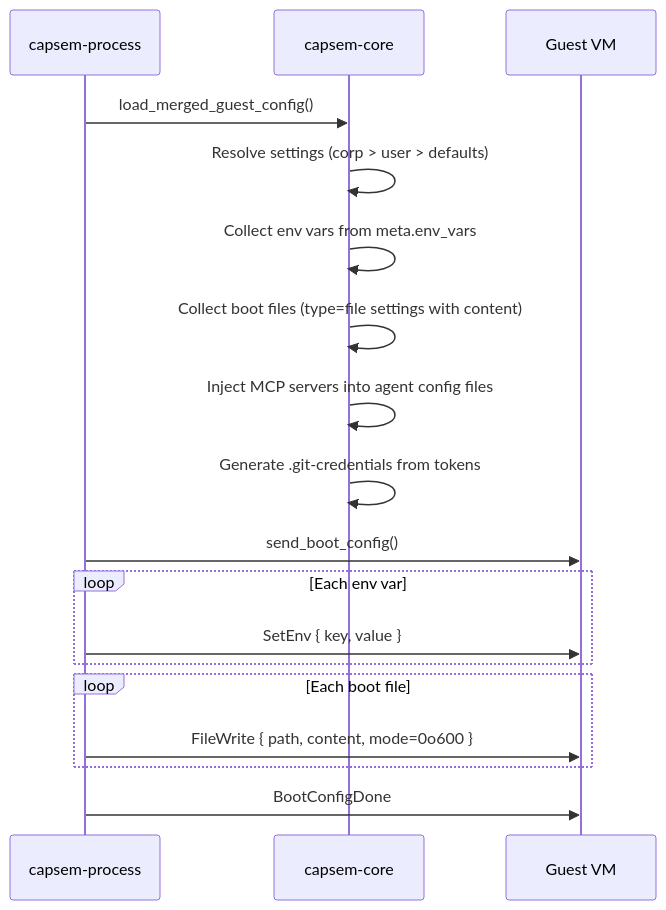
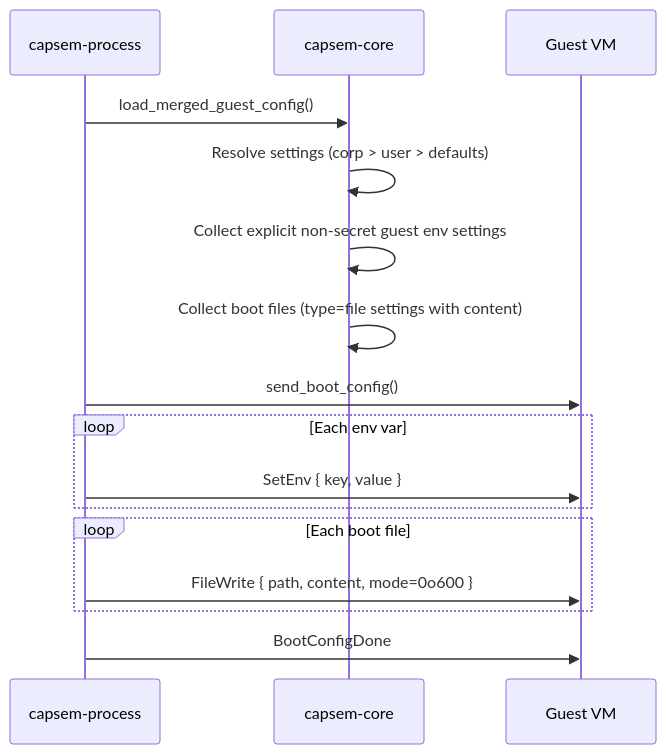
Before and after one commit to google/capsem: the sixth of 7 diagrams in docs/src/content/docs/architecture/settings.md, drawn with Mermaid. The commit also changed other lines of this file and 25 other files, not shown here.

````diff
--- a/docs/src/content/docs/architecture/settings.md
+++ b/docs/src/content/docs/architecture/settings.md
@@ -262,21 +274,19 @@
 ```mermaid
 sequenceDiagram
   participant Proc as capsem-process
   participant Core as capsem-core
   participant VM as Guest VM
 
   Proc->>Core: load_merged_guest_config()
   Core->>Core: Resolve settings (corp > user > defaults)
-  Core->>Core: Collect env vars from meta.env_vars
+  Core->>Core: Collect explicit non-secret guest env settings
   Core->>Core: Collect boot files (type=file settings with content)
-  Core->>Core: Inject MCP servers into agent config files
-  Core->>Core: Generate .git-credentials from tokens
   Proc->>VM: send_boot_config()
   loop Each env var
     Proc->>VM: SetEnv { key, value }
   end
   loop Each boot file
     Proc->>VM: FileWrite { path, content, mode=0o600 }
   end
   Proc->>VM: BootConfigDone
 ```
````
